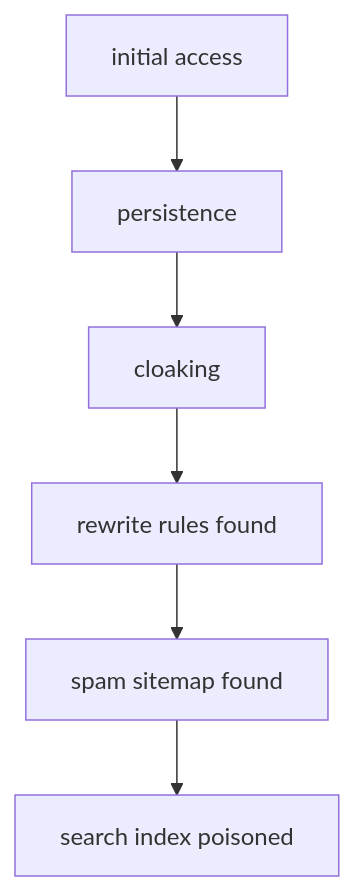
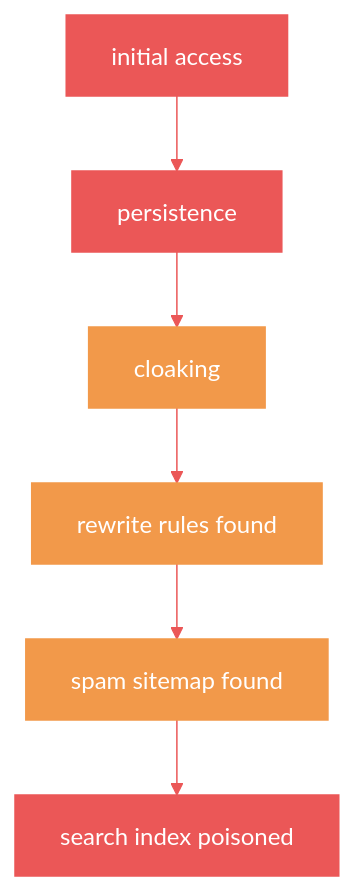
One commit to 444Nazky/My-Vault changed the first of 8 diagrams in Graphs/Security-IR-Diagrams.md. Above: the diagram before and after it, drawn with Mermaid. The commit also changed other lines of this file and 15 other files, not shown here.

````diff
--- a/Graphs/Security-IR-Diagrams.md
+++ b/Graphs/Security-IR-Diagrams.md
@@ -6,8 +6,15 @@
 ```mermaid
+%%{init: {'theme': 'default', 'themeVariables': { 'primaryColor': '#EB5757', 'lineColor': '#EB5757'}}}%%
 flowchart TD
  A["initial access"] --> B["persistence"]
  B --> C["cloaking"]
  C --> D["rewrite rules found"]
  D --> E["spam sitemap found"]
  E --> F["search index poisoned"]
+ style A fill:#EB5757,stroke:#EB5757,color:#fff
+ style B fill:#EB5757,stroke:#EB5757,color:#fff
+ style C fill:#F2994A,stroke:#F2994A,color:#fff
+ style D fill:#F2994A,stroke:#F2994A,color:#fff
+ style E fill:#F2994A,stroke:#F2994A,color:#fff
+ style F fill:#EB5757,stroke:#EB5757,color:#fff
 ```
````
